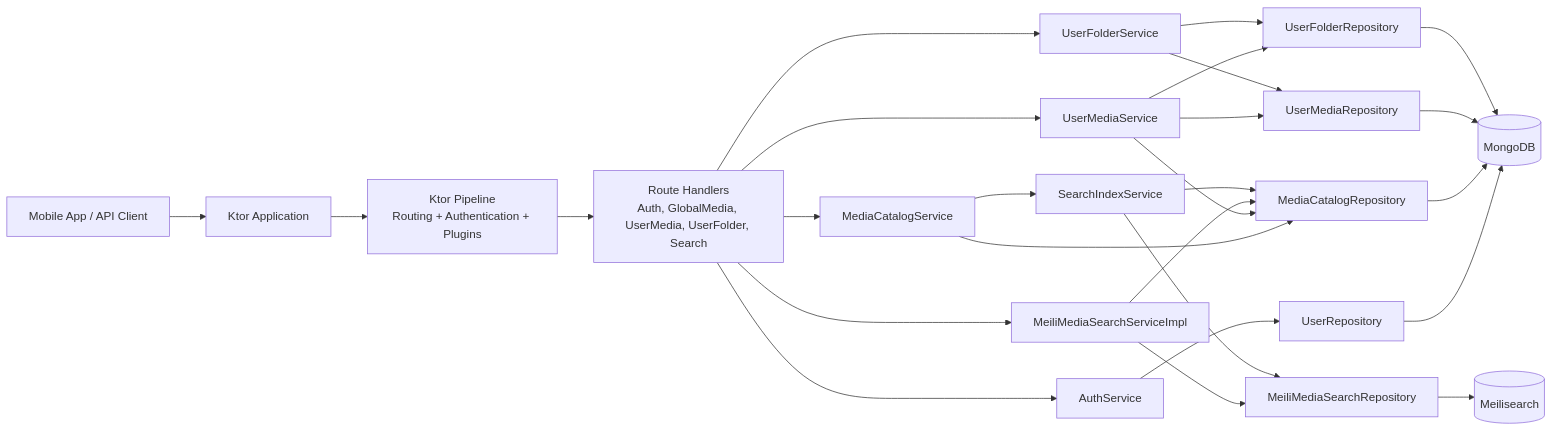
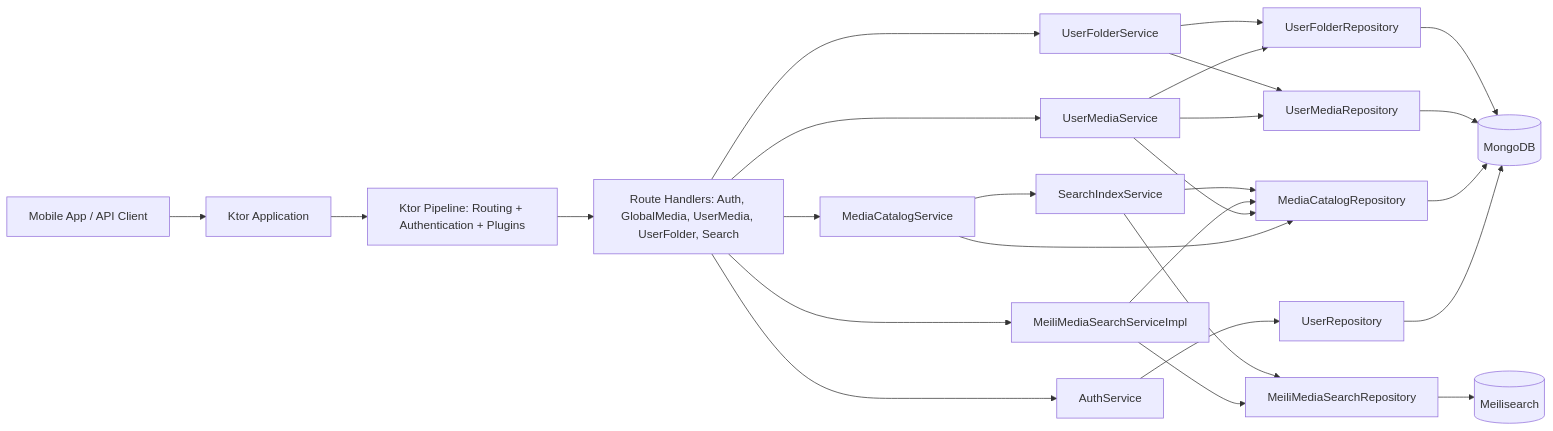
The second of 3 diagrams in docs/UML_ARCHITECTURE_USECASES.md (TKeep21/ListLyBackend), drawn with Mermaid before and after one commit. The commit also changed other lines of this file and 14 other files, not shown here.

````diff
--- a/docs/UML_ARCHITECTURE_USECASES.md
+++ b/docs/UML_ARCHITECTURE_USECASES.md
@@ -41,37 +43,37 @@
 ```mermaid
 flowchart LR
     Client[Mobile App / API Client] --> App[Ktor Application]
-    App --> Pipeline[Ktor Pipeline\nRouting + Authentication + Plugins]
-    Pipeline --> Routes[Route Handlers\nAuth, GlobalMedia, UserMedia, UserFolder, Search]
+    App --> Pipeline[Ktor Pipeline: Routing + Authentication + Plugins]
+    Pipeline --> Routes[Route Handlers: Auth, GlobalMedia, UserMedia, UserFolder, Search]
 
     Routes --> AuthService[AuthService]
     Routes --> MediaService[MediaCatalogService]
     Routes --> UserMediaService[UserMediaService]
     Routes --> UserFolderService[UserFolderService]
     Routes --> SearchService[MeiliMediaSearchServiceImpl]
 
     AuthService --> UserRepo[UserRepository]
 
     MediaService --> MediaRepo[MediaCatalogRepository]
     MediaService --> IndexService[SearchIndexService]
 
     UserMediaService --> UserMediaRepo[UserMediaRepository]
     UserMediaService --> MediaRepo
     UserMediaService --> FolderRepo[UserFolderRepository]
 
     UserFolderService --> FolderRepo
     UserFolderService --> UserMediaRepo
 
     SearchService --> SearchRepo[MeiliMediaSearchRepository]
     SearchService --> MediaRepo
 
     IndexService --> SearchRepo
     IndexService --> MediaRepo
 
     UserRepo --> Mongo[(MongoDB)]
     MediaRepo --> Mongo
     UserMediaRepo --> Mongo
     FolderRepo --> Mongo
 
     SearchRepo --> Meili[(Meilisearch)]
 ```
````
